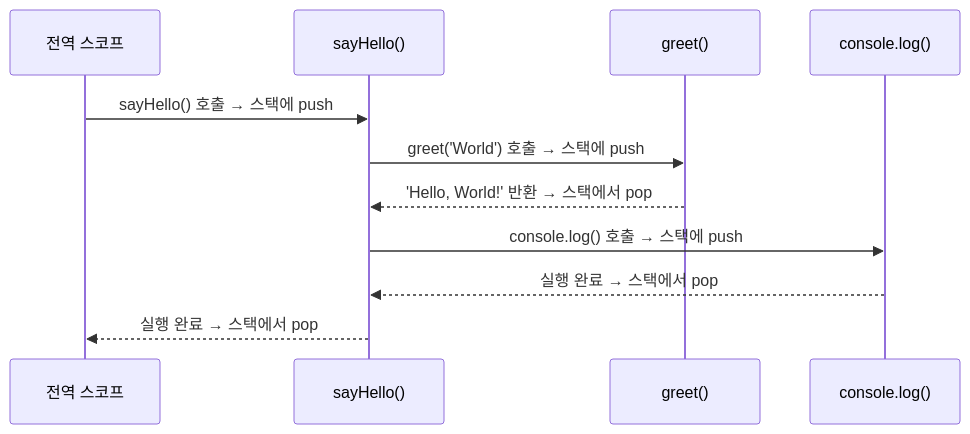
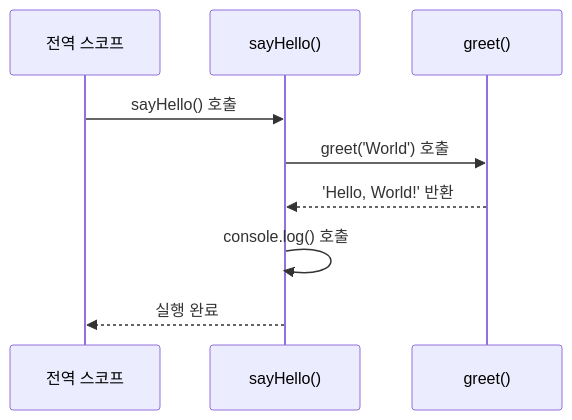
The second of 13 diagrams in _posts/frontend/2026-05-02-js-event-loop.md (yjkim2015/yjkim2015.github.io), drawn with Mermaid before and after one commit. The commit also changed other lines of this file and 155 other files, not shown here.

First line of the commit message:
Mermaid 전면 수정: subgraph 제거, participant/노드/줄수 축소 (342블록)

````diff
--- a/_posts/frontend/2026-05-02-js-event-loop.md
+++ b/_posts/frontend/2026-05-02-js-event-loop.md
@@ -69,13 +69,11 @@
 ```mermaid
 sequenceDiagram
     participant GS as 전역 스코프
     participant SH as sayHello()
     participant G as greet()
-    participant CL as console.log()
-    GS->>SH: sayHello() 호출 → 스택에 push
-    SH->>G: greet('World') 호출 → 스택에 push
-    G-->>SH: 'Hello, World!' 반환 → 스택에서 pop
-    SH->>CL: console.log() 호출 → 스택에 push
-    CL-->>SH: 실행 완료 → 스택에서 pop
-    SH-->>GS: 실행 완료 → 스택에서 pop
+    GS->>SH: sayHello() 호출
+    SH->>G: greet('World') 호출
+    G-->>SH: 'Hello, World!' 반환
+    SH->>SH: console.log() 호출
+    SH-->>GS: 실행 완료
 ```
````
